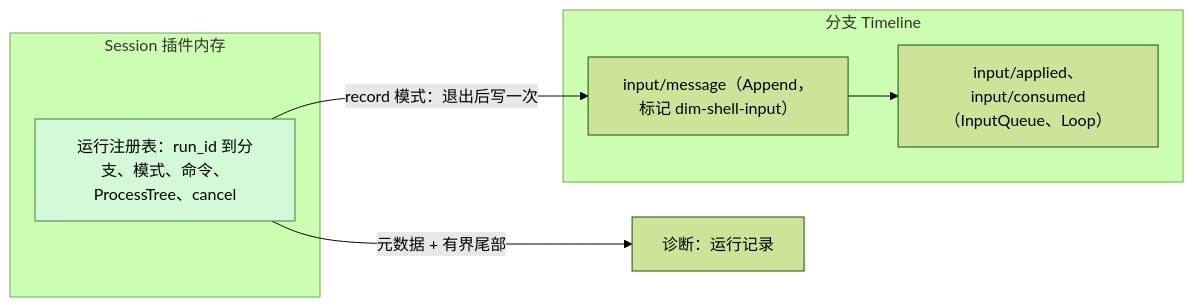
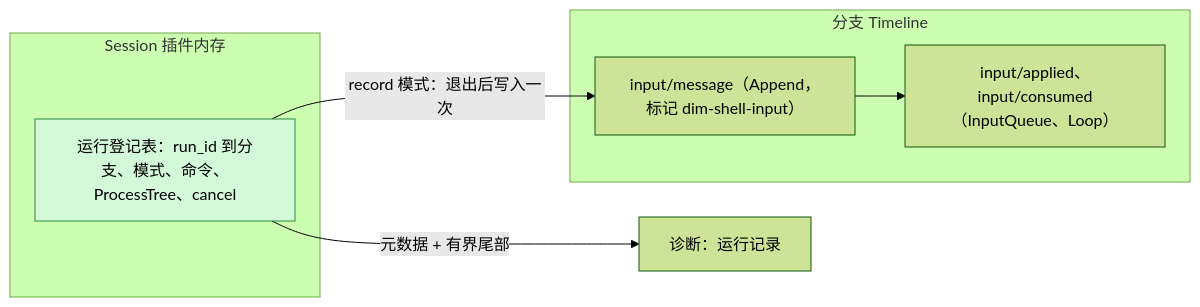
Before and after one commit to CoutinhoTTS/dim-agent: the second of 5 diagrams in docs/zh/design/plugins/ShellInput.md, drawn with Mermaid (forest theme). The commit also changed other lines of this file and 18 other files, not shown here.

````diff
--- a/docs/zh/design/plugins/ShellInput.md
+++ b/docs/zh/design/plugins/ShellInput.md
@@ -43,15 +43,15 @@
 ```mermaid
 flowchart LR
   subgraph MEM["Session 插件内存"]
-    RR["运行注册表：run_id 到分支、模式、命令、ProcessTree、cancel"]:::new
+    RR["运行登记表：run_id 到分支、模式、命令、ProcessTree、cancel"]:::new
   end
   subgraph TL["分支 Timeline"]
     IM["input/message（Append，标记 dim-shell-input）"]
     IA["input/applied、input/consumed（InputQueue、Loop）"]
   end
   DG["诊断：运行记录"]
-  RR -- "record 模式：退出后写一次" --> IM
+  RR -- "record 模式：退出后写入一次" --> IM
   IM --> IA
   RR -- "元数据 + 有界尾部" --> DG
   classDef new fill:#d3f9d8,stroke:#2b8a3e,color:#000
 ```
````
